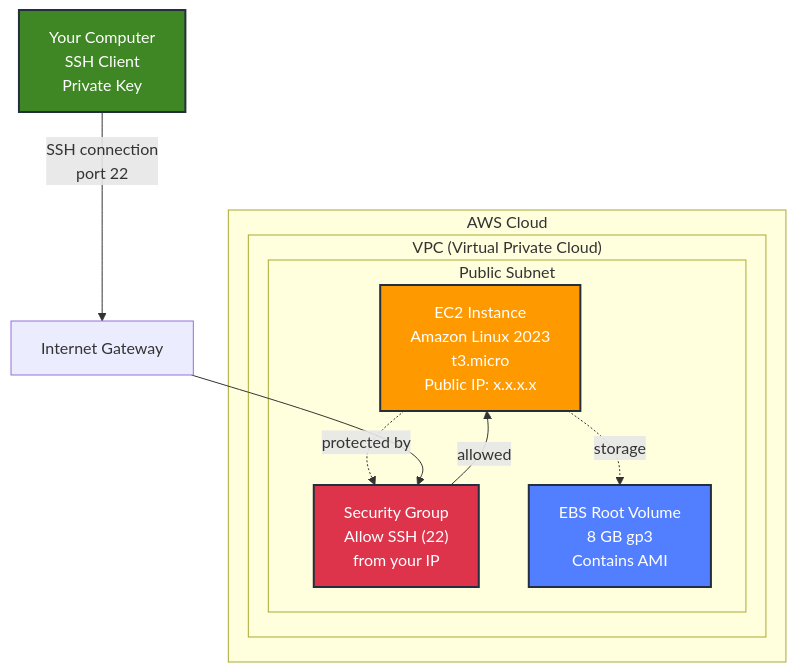
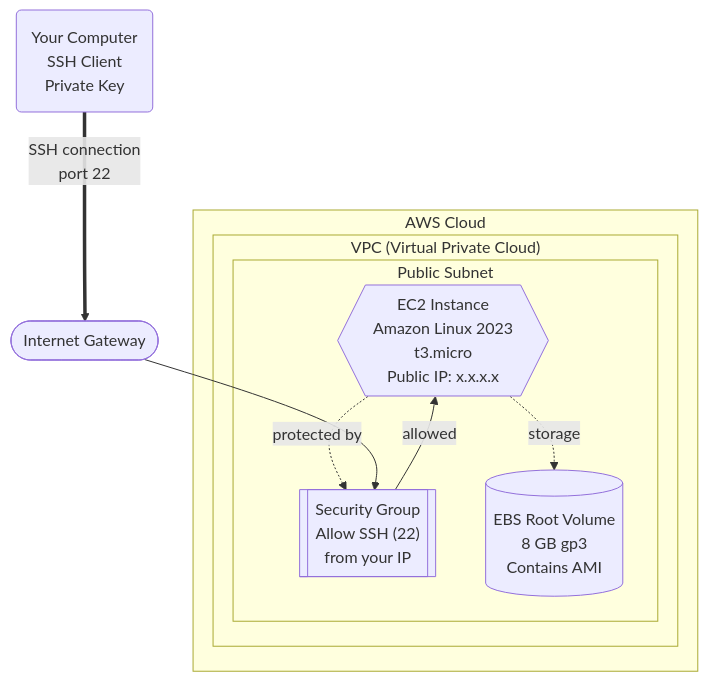
One commit to mrcarpinchoo/system-design-course changed the first of 2 diagrams in 02-compute-ec2-basics/README.md. Above: the diagram before and after it, drawn with Mermaid. The commit also changed other lines of this file and 7 other files, not shown here.

First line of the commit message:
feat: enhance Mermaid diagrams with semantic shapes and styling (#30)

````diff
--- a/02-compute-ec2-basics/README.md
+++ b/02-compute-ec2-basics/README.md
@@ -140,27 +140,25 @@
 ```mermaid
 graph TB
-    subgraph "AWS Cloud"
-        subgraph "VPC (Virtual Private Cloud)"
-            subgraph "Public Subnet"
-                EC2["EC2 Instance<br/>Amazon Linux 2023<br/>t3.micro<br/>Public IP: x.x.x.x"]
-                SG["Security Group<br/>Allow SSH (22)<br/>from your IP"]
-                EBS["EBS Root Volume<br/>8 GB gp3<br/>Contains AMI"]
+    subgraph aws_cloud ["AWS Cloud"]
+        subgraph vpc ["VPC (Virtual Private Cloud)"]
+            subgraph public_subnet ["Public Subnet"]
+                EC2{{"EC2 Instance<br>Amazon Linux 2023<br>t3.micro<br>Public IP: x.x.x.x"}}
+                SG[["Security Group<br>Allow SSH (22)<br>from your IP"]]
+                EBS[("EBS Root Volume<br>8 GB gp3<br>Contains AMI")]
 
-                EC2 -.->|protected by| SG
-                EC2 -.->|storage| EBS
+                EC2 -.->|"protected by"| SG
+                EC2 -.->|"storage"| EBS
             end
         end
     end
 
-    User["Your Computer<br/>SSH Client<br/>Private Key"]
-    Internet["Internet Gateway"]
+    %% External actors
+    User("Your Computer<br>SSH Client<br>Private Key")
+    Internet(["Internet Gateway"])
 
-    User -->|SSH connection<br/>port 22| Internet
+    %% Connection flow
+    User ==>|"SSH connection<br>port 22"| Internet
     Internet --> SG
-    SG -->|allowed| EC2
+    SG -->|"allowed"| EC2
 
-    style EC2 fill:#FF9900,stroke:#232F3E,stroke-width:2px,color:#fff
-    style SG fill:#DD344C,stroke:#232F3E,stroke-width:2px,color:#fff
-    style EBS fill:#527FFF,stroke:#232F3E,stroke-width:2px,color:#fff
-    style User fill:#3F8624,stroke:#232F3E,stroke-width:2px,color:#fff
 ```
````
